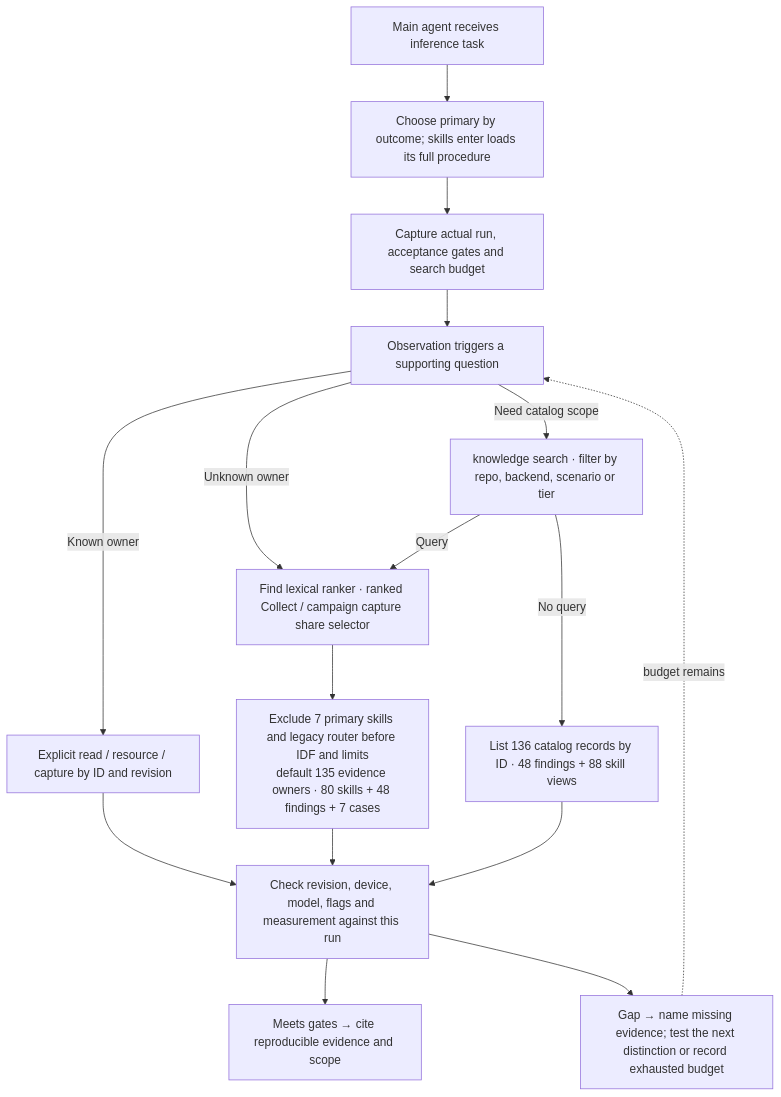
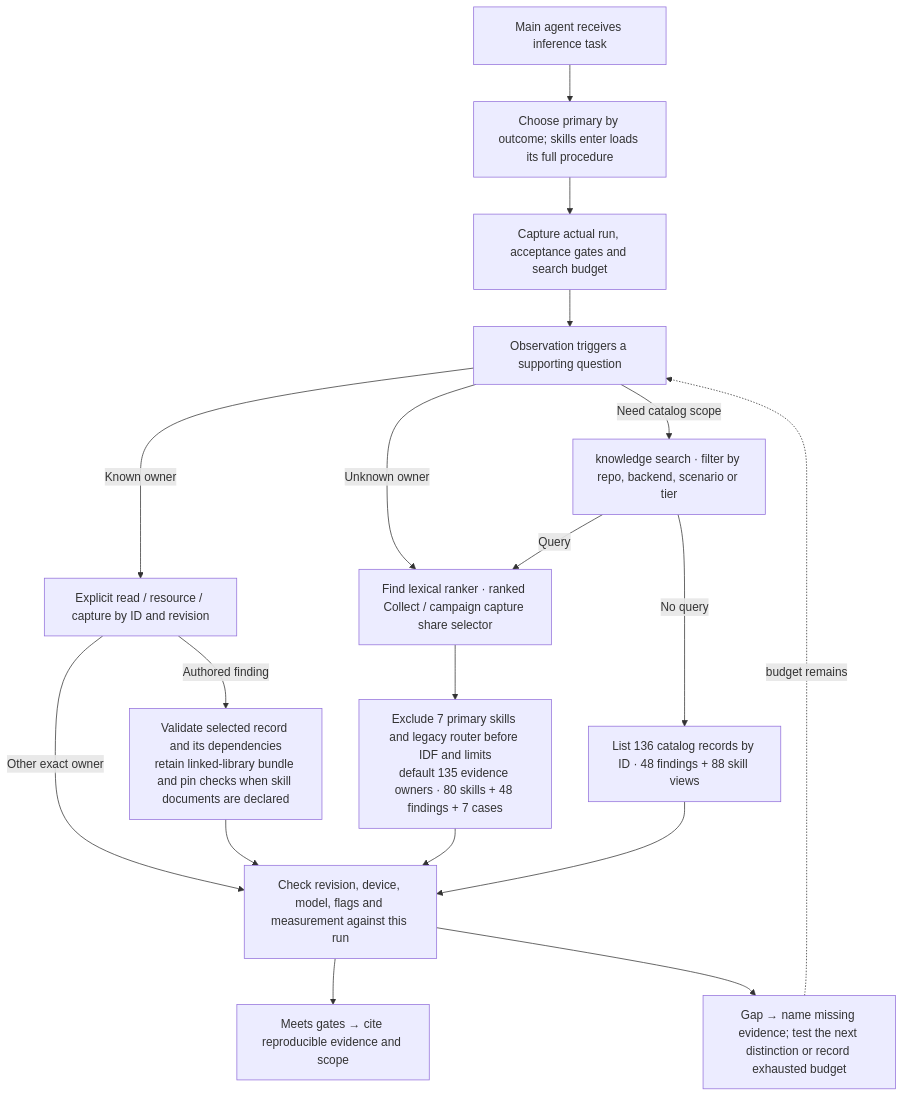
Before and after one commit to InferMatrixLab/InferRSI: the third of 4 diagrams in docs/knowledge-layout.md, drawn with Mermaid. The commit also changed other lines of this file and 6 other files, not shown here.

````diff
--- a/docs/knowledge-layout.md
+++ b/docs/knowledge-layout.md
@@ -46,16 +46,18 @@
 ```mermaid
 flowchart TB
     Q["Main agent receives inference task"] --> P["Choose primary by outcome; skills enter loads its full procedure"]
     P --> R["Capture actual run, acceptance gates and search budget"]
     R --> D["Observation triggers a supporting question"]
     D -->|Known owner| I["Explicit read / resource / capture by ID and revision"]
     D -->|Unknown owner| F["Find lexical ranker · ranked Collect / campaign capture share selector"]
     D -->|Need catalog scope| C["knowledge search · filter by repo, backend, scenario or tier"]
     C -->|Query| F
     C -->|No query| B["List 136 catalog records by ID · 48 findings + 88 skill views"]
     F --> A["Exclude 7 primary skills and legacy router before IDF and limits<br/>default 135 evidence owners · 80 skills + 48 findings + 7 cases"]
-    I & A & B --> V["Check revision, device, model, flags and measurement against this run"]
+    I -->|Authored finding| E["Validate selected record and its dependencies<br/>retain linked-library bundle and pin checks when skill documents are declared"]
+    I -->|Other exact owner| V["Check revision, device, model, flags and measurement against this run"]
+    E & A & B --> V
     V --> X["Meets gates → cite reproducible evidence and scope"]
     V --> G["Gap → name missing evidence; test the next distinction or record exhausted budget"]
     G -.->|budget remains| D
 ```
````
